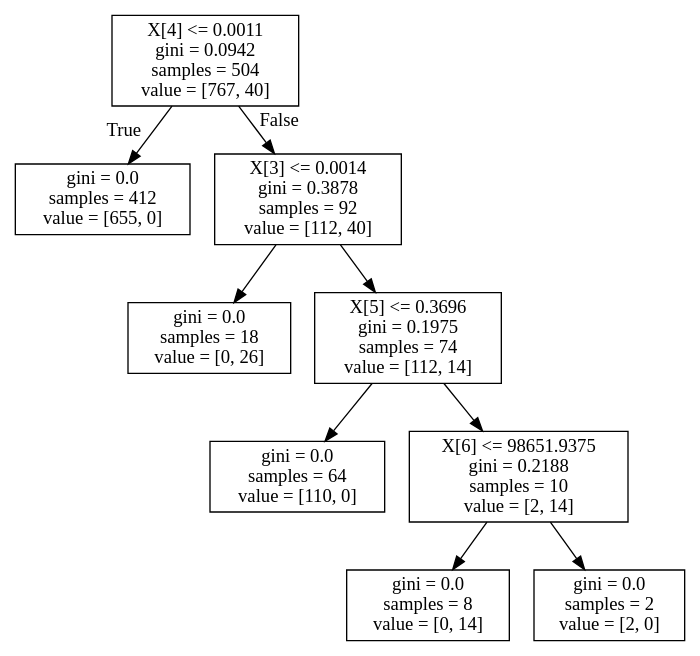
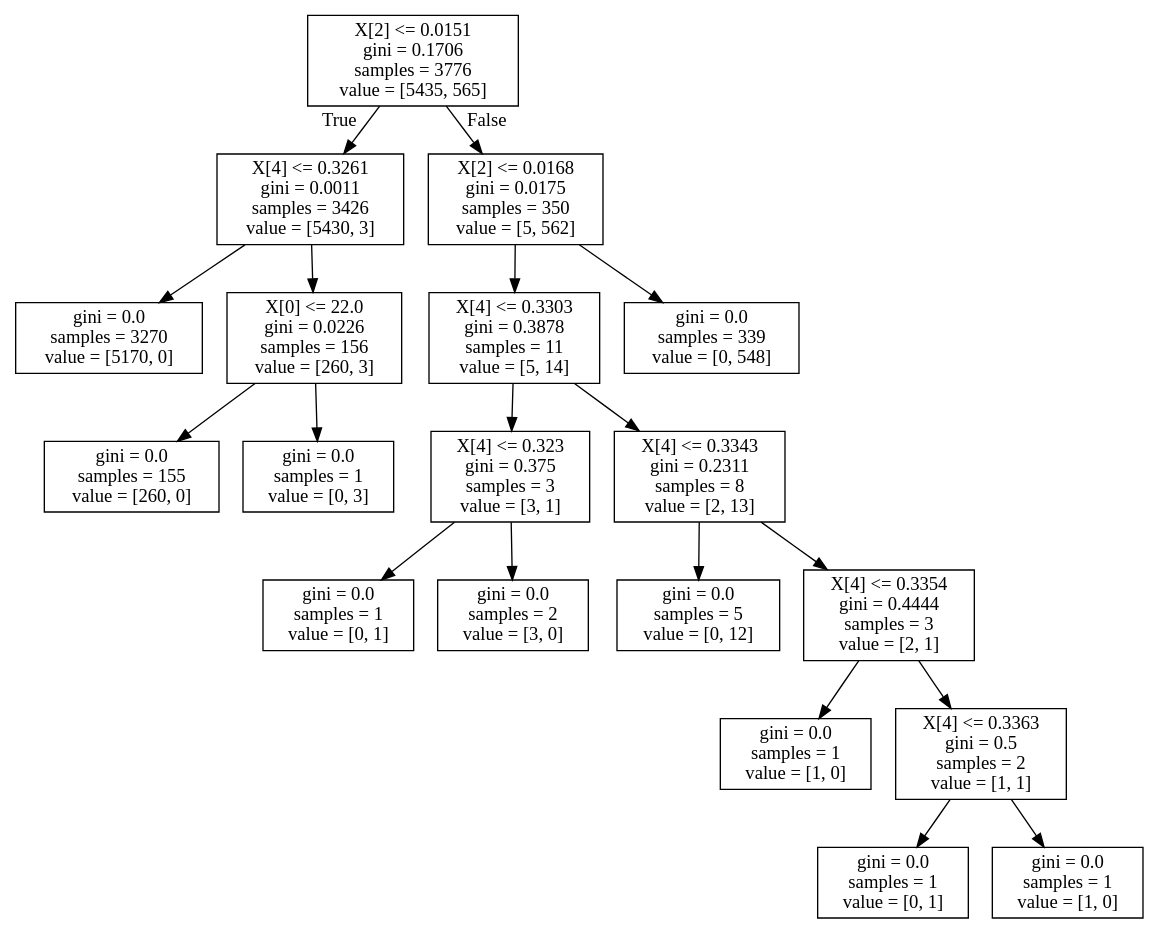
One commit to imwack/facebook changed the diagram in 4.dot. Above: the diagram before and after it, drawn with Graphviz. The commit also changed 16 other files, not shown here.

Commit message:
random graph 10000 nodes

```diff
--- a/4.dot
+++ b/4.dot
@@ -1,20 +1,40 @@
 digraph Tree {
 node [shape=box] ;
-0 [label="X[4] <= 0.0011\ngini = 0.0942\nsamples = 504\nvalue = [767, 40]"] ;
-1 [label="gini = 0.0\nsamples = 412\nvalue = [655, 0]"] ;
+0 [label="X[2] <= 0.0151\ngini = 0.1706\nsamples = 3776\nvalue = [5435, 565]"] ;
+1 [label="X[4] <= 0.3261\ngini = 0.0011\nsamples = 3426\nvalue = [5430, 3]"] ;
 0 -> 1 [labeldistance=2.5, labelangle=45, headlabel="True"] ;
-2 [label="X[3] <= 0.0014\ngini = 0.3878\nsamples = 92\nvalue = [112, 40]"] ;
-0 -> 2 [labeldistance=2.5, labelangle=-45, headlabel="False"] ;
-3 [label="gini = 0.0\nsamples = 18\nvalue = [0, 26]"] ;
-2 -> 3 ;
-4 [label="X[5] <= 0.3696\ngini = 0.1975\nsamples = 74\nvalue = [112, 14]"] ;
-2 -> 4 ;
-5 [label="gini = 0.0\nsamples = 64\nvalue = [110, 0]"] ;
-4 -> 5 ;
-6 [label="X[6] <= 98651.9375\ngini = 0.2188\nsamples = 10\nvalue = [2, 14]"] ;
-4 -> 6 ;
-7 [label="gini = 0.0\nsamples = 8\nvalue = [0, 14]"] ;
+2 [label="gini = 0.0\nsamples = 3270\nvalue = [5170, 0]"] ;
+1 -> 2 ;
+3 [label="X[0] <= 22.0\ngini = 0.0226\nsamples = 156\nvalue = [260, 3]"] ;
+1 -> 3 ;
+4 [label="gini = 0.0\nsamples = 155\nvalue = [260, 0]"] ;
+3 -> 4 ;
+5 [label="gini = 0.0\nsamples = 1\nvalue = [0, 3]"] ;
+3 -> 5 ;
+6 [label="X[2] <= 0.0168\ngini = 0.0175\nsamples = 350\nvalue = [5, 562]"] ;
+0 -> 6 [labeldistance=2.5, labelangle=-45, headlabel="False"] ;
+7 [label="X[4] <= 0.3303\ngini = 0.3878\nsamples = 11\nvalue = [5, 14]"] ;
 6 -> 7 ;
-8 [label="gini = 0.0\nsamples = 2\nvalue = [2, 0]"] ;
-6 -> 8 ;
+8 [label="X[4] <= 0.323\ngini = 0.375\nsamples = 3\nvalue = [3, 1]"] ;
+7 -> 8 ;
+9 [label="gini = 0.0\nsamples = 1\nvalue = [0, 1]"] ;
+8 -> 9 ;
+10 [label="gini = 0.0\nsamples = 2\nvalue = [3, 0]"] ;
+8 -> 10 ;
+11 [label="X[4] <= 0.3343\ngini = 0.2311\nsamples = 8\nvalue = [2, 13]"] ;
+7 -> 11 ;
+12 [label="gini = 0.0\nsamples = 5\nvalue = [0, 12]"] ;
+11 -> 12 ;
+13 [label="X[4] <= 0.3354\ngini = 0.4444\nsamples = 3\nvalue = [2, 1]"] ;
+11 -> 13 ;
+14 [label="gini = 0.0\nsamples = 1\nvalue = [1, 0]"] ;
+13 -> 14 ;
+15 [label="X[4] <= 0.3363\ngini = 0.5\nsamples = 2\nvalue = [1, 1]"] ;
+13 -> 15 ;
+16 [label="gini = 0.0\nsamples = 1\nvalue = [0, 1]"] ;
+15 -> 16 ;
+17 [label="gini = 0.0\nsamples = 1\nvalue = [1, 0]"] ;
+15 -> 17 ;
+18 [label="gini = 0.0\nsamples = 339\nvalue = [0, 548]"] ;
+6 -> 18 ;
 }
```
